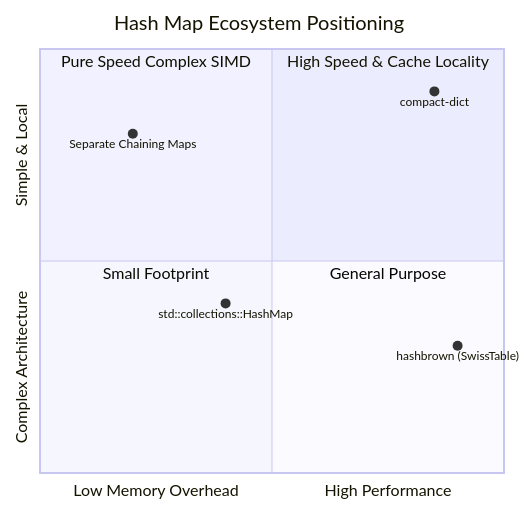
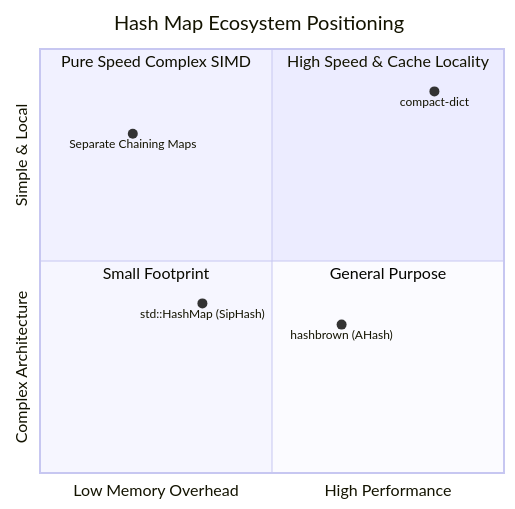
One commit to gustawdaniel/compact-dict changed the second of 2 diagrams in README.md. Above: the diagram before and after it, drawn with Mermaid. The commit also changed other lines of this file and 3 other files, not shown here.

````diff
--- a/README.md
+++ b/README.md
@@ -35,14 +35,14 @@
 ```mermaid
 quadrantChart
     title Hash Map Ecosystem Positioning
     x-axis Low Memory Overhead --> High Performance
     y-axis Complex Architecture --> Simple & Local
     quadrant-1 High Speed & Cache Locality
     quadrant-2 Pure Speed Complex SIMD
     quadrant-3 Small Footprint
     quadrant-4 General Purpose
-    "std::collections::HashMap": [0.4, 0.4]
-    "hashbrown (SwissTable)": [0.9, 0.3]
+    "std::HashMap (SipHash)": [0.35, 0.4]
+    "hashbrown (AHash)": [0.65, 0.35]
     "Separate Chaining Maps": [0.2, 0.8]
     "compact-dict": [0.85, 0.9]
 ```
````
